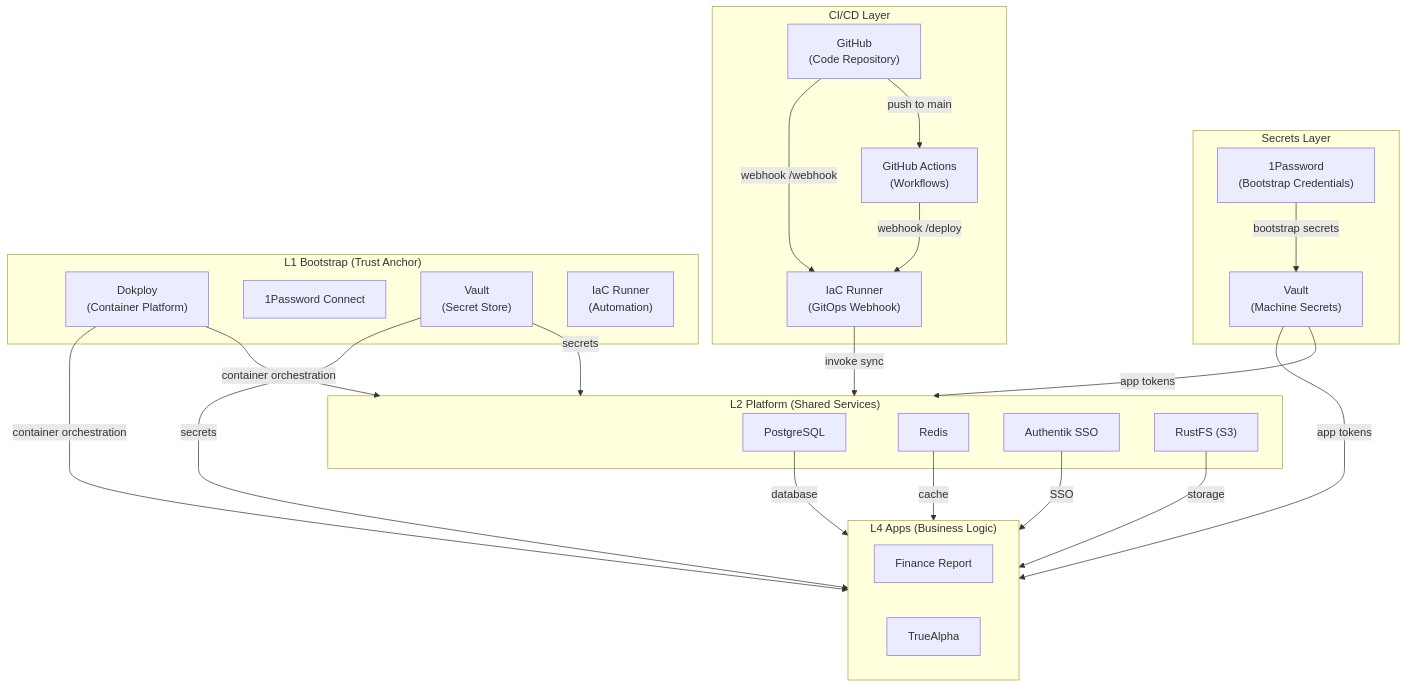
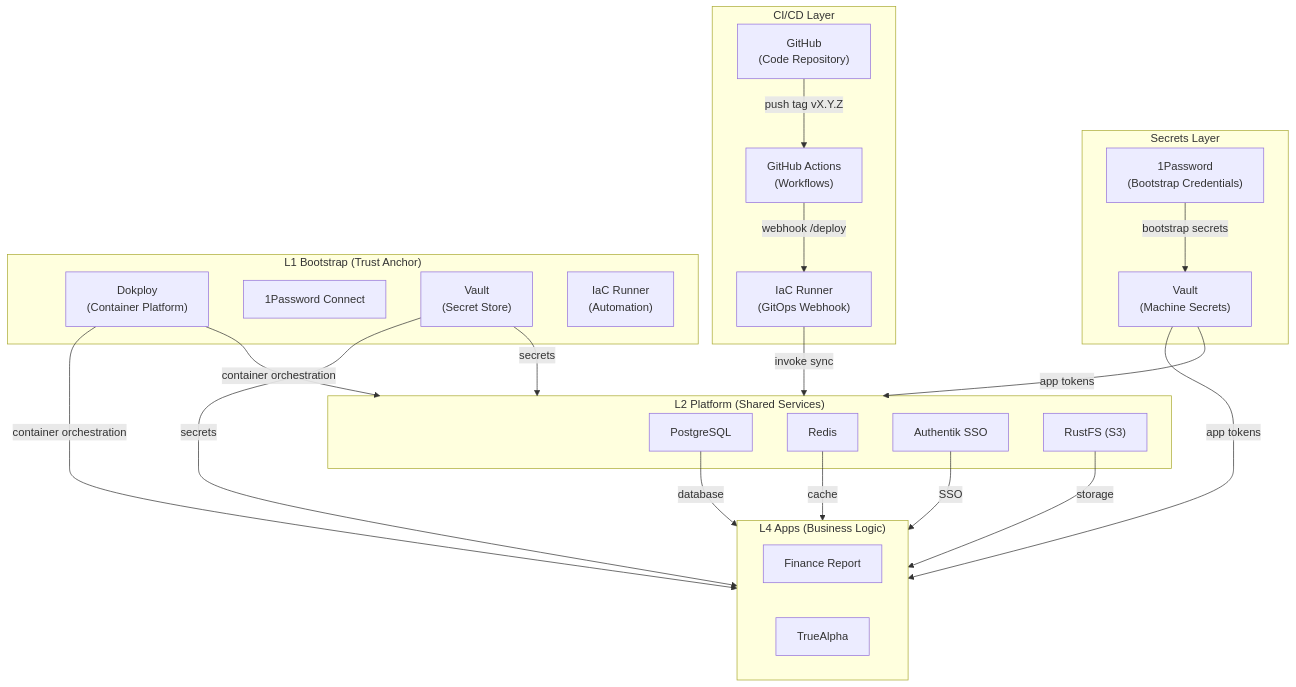
One commit to wangzitian0/infra2 changed the first of 2 diagrams in docs/ssot/core.md. Above: the diagram before and after it, drawn with Mermaid. The commit also changed 34 other files, not shown here.

````diff
--- a/docs/ssot/core.md
+++ b/docs/ssot/core.md
@@ -37,55 +37,54 @@
 ```mermaid
 flowchart TB
     subgraph Secrets["Secrets Layer"]
         OP["1Password<br/>(Bootstrap Credentials)"]
         Vault["Vault<br/>(Machine Secrets)"]
     end
 
     subgraph CI["CI/CD Layer"]
         GitHub["GitHub<br/>(Code Repository)"]
         Actions["GitHub Actions<br/>(Workflows)"]
         IaCRunner["IaC Runner<br/>(GitOps Webhook)"]
     end
 
     subgraph Bootstrap["L1 Bootstrap (Trust Anchor)"]
         Dokploy["Dokploy<br/>(Container Platform)"]
         OP1["1Password Connect"]
         Vault1["Vault<br/>(Secret Store)"]
         IaC["IaC Runner<br/>(Automation)"]
     end
 
     subgraph Platform["L2 Platform (Shared Services)"]
         PG["PostgreSQL"]
         Redis["Redis"]
         Authentik["Authentik SSO"]
         RustFS["RustFS (S3)"]
     end
 
     subgraph Apps["L4 Apps (Business Logic)"]
         FinanceReport["Finance Report"]
         TrueAlpha["TrueAlpha"]
     end
 
     %% Secrets flow
     OP -->|bootstrap secrets| Vault
     Vault -->|app tokens| Platform
     Vault -->|app tokens| Apps
 
     %% CI/CD flow
-    GitHub -->|push to main| Actions
+    GitHub -->|push tag vX.Y.Z| Actions
     Actions -->|webhook /deploy| IaCRunner
-    GitHub -->|webhook /webhook| IaCRunner
     IaCRunner -->|invoke sync| Platform
 
     %% Bootstrap provides
     Dokploy -->|container orchestration| Platform
     Dokploy -->|container orchestration| Apps
     Vault1 -->|secrets| Platform
     Vault1 -->|secrets| Apps
 
     %% Platform provides
     PG -->|database| Apps
     Redis -->|cache| Apps
     Authentik -->|SSO| Apps
     RustFS -->|storage| Apps
 ```
````
